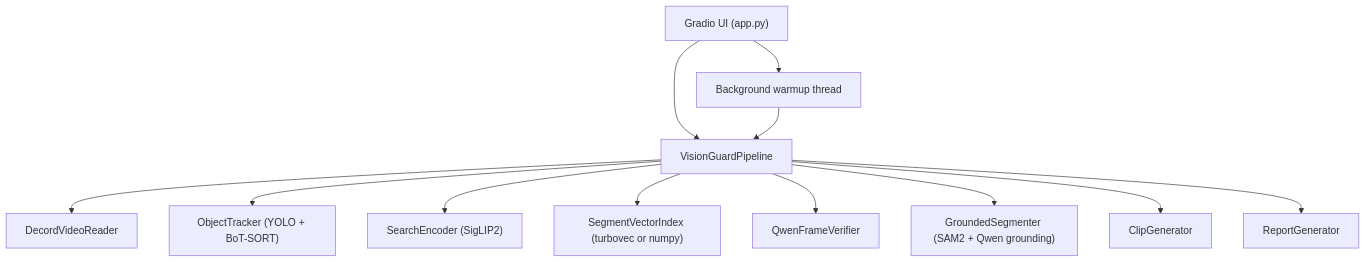
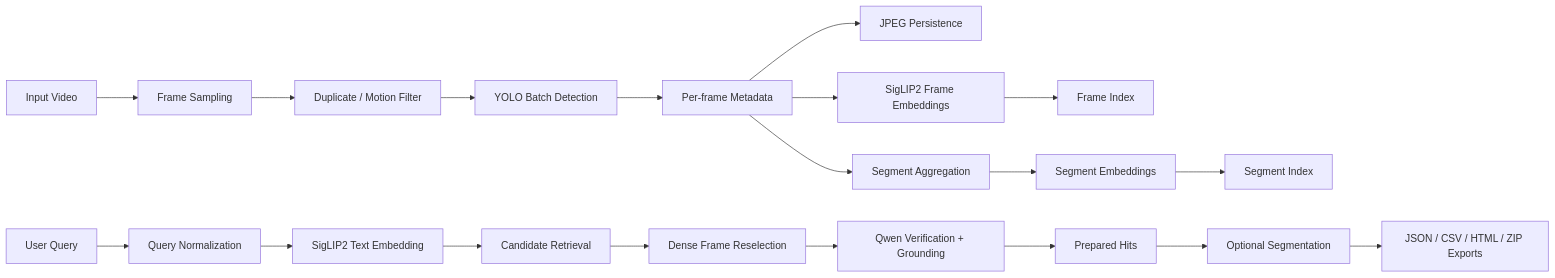
One commit to priyansupattanaik/visionguard-ai changed the third of 5 diagrams in PROJECT_DOCUMENTATION.md. Above: the diagram before and after it, drawn with Mermaid. The commit also changed other lines of this file and 8 other files, not shown here.

````diff
--- a/PROJECT_DOCUMENTATION.md
+++ b/PROJECT_DOCUMENTATION.md
@@ -65,14 +192,21 @@
 ```mermaid
-flowchart TD
-    A["Gradio UI (app.py)"] --> B["VisionGuardPipeline"]
-    B --> C["DecordVideoReader"]
-    B --> D["ObjectTracker (YOLO + BoT-SORT)"]
-    B --> E["SearchEncoder (SigLIP2)"]
-    B --> F["SegmentVectorIndex (turbovec or numpy)"]
-    B --> G["QwenFrameVerifier"]
-    B --> H["GroundedSegmenter (SAM2 + Qwen grounding)"]
-    B --> I["ClipGenerator"]
-    B --> J["ReportGenerator"]
-    A --> K["Background warmup thread"]
-    K --> B
+flowchart LR
+    A["Input Video"] --> B["Frame Sampling"]
+    B --> C["Duplicate / Motion Filter"]
+    C --> D["YOLO Batch Detection"]
+    D --> E["Per-frame Metadata"]
+    E --> F["JPEG Persistence"]
+    E --> G["SigLIP2 Frame Embeddings"]
+    G --> H["Frame Index"]
+    E --> I["Segment Aggregation"]
+    I --> J["Segment Embeddings"]
+    J --> K["Segment Index"]
+    L["User Query"] --> M["Query Normalization"]
+    M --> N["SigLIP2 Text Embedding"]
+    N --> O["Candidate Retrieval"]
+    O --> P["Dense Frame Reselection"]
+    P --> Q["Qwen Verification + Grounding"]
+    Q --> R["Prepared Hits"]
+    R --> S["Optional Segmentation"]
+    S --> T["JSON / CSV / HTML / ZIP Exports"]
 ```
````
